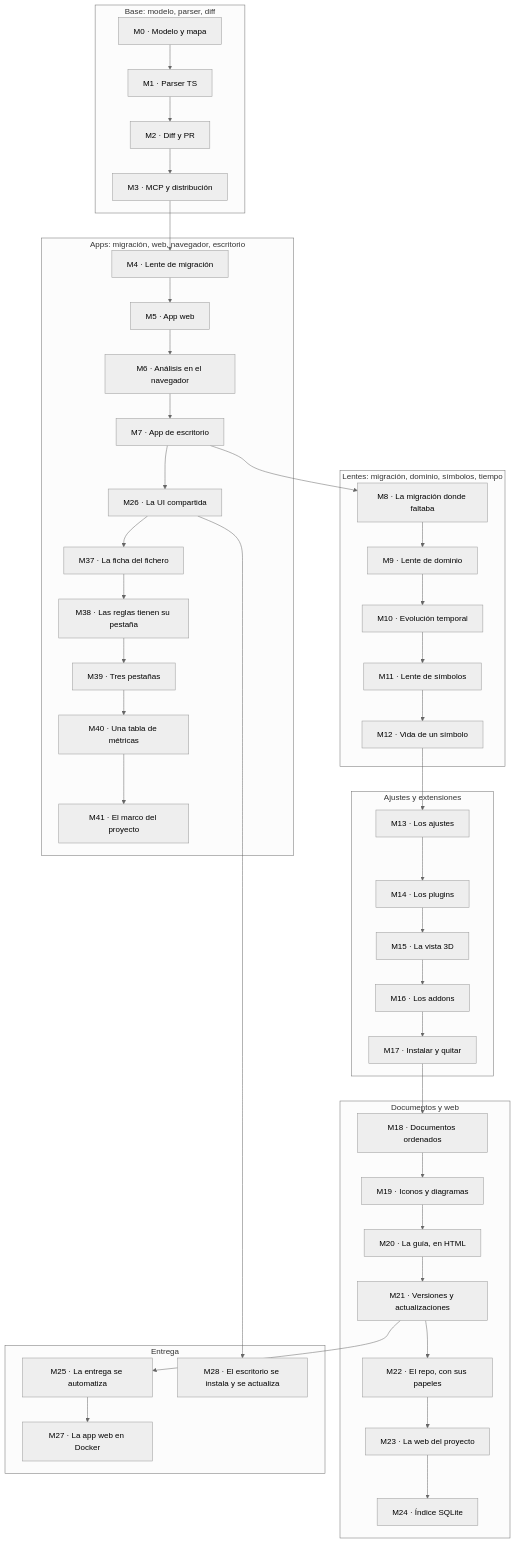
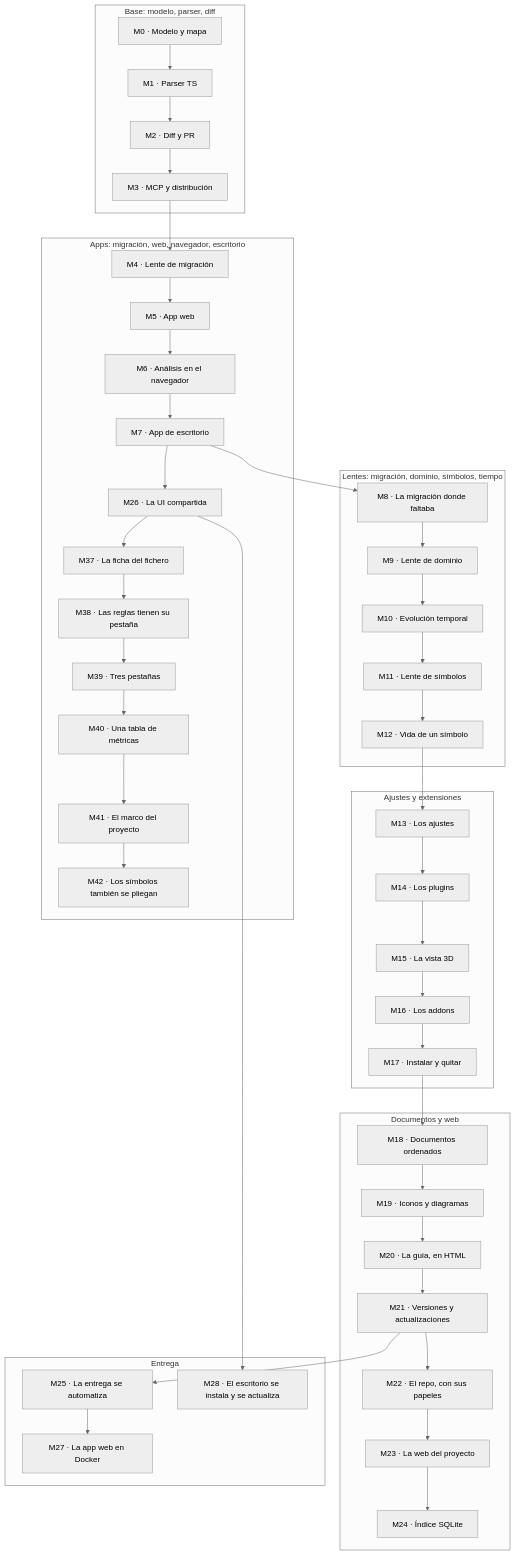
Before and after one commit to jaminsmoke/codarch: the diagram in apps/site/docs/adr/roadmap.md, drawn with Mermaid (neutral theme). The commit also changed other lines of this file and 4 other files, not shown here.

````diff
--- a/apps/site/docs/adr/roadmap.md
+++ b/apps/site/docs/adr/roadmap.md
@@ -38,49 +38,50 @@
 ```mermaid
 flowchart TD
   subgraph base["Base: modelo, parser, diff"]
     M0["M0 · Modelo y mapa"] --> M1["M1 · Parser TS"]
     M1 --> M2["M2 · Diff y PR"]
     M2 --> M3["M3 · MCP y distribución"]
   end
   subgraph apps["Apps: migración, web, navegador, escritorio"]
     M4["M4 · Lente de migración"] --> M5["M5 · App web"]
     M5 --> M6["M6 · Análisis en el navegador"]
     M6 --> M7["M7 · App de escritorio"]
     M7 --> M26["M26 · La UI compartida"]
     M26 --> M37["M37 · La ficha del fichero"]
     M37 --> M38["M38 · Las reglas tienen su pestaña"]
     M38 --> M39["M39 · Tres pestañas"]
     M39 --> M40["M40 · Una tabla de métricas"]
     M40 --> M41["M41 · El marco del proyecto"]
+    M41 --> M42["M42 · Los símbolos también se pliegan"]
   end
   subgraph lentes["Lentes: migración, dominio, símbolos, tiempo"]
     M8["M8 · La migración donde faltaba"] --> M9["M9 · Lente de dominio"]
     M9 --> M10["M10 · Evolución temporal"]
     M10 --> M11["M11 · Lente de símbolos"]
     M11 --> M12["M12 · Vida de un símbolo"]
   end
   subgraph ext["Ajustes y extensiones"]
     M13["M13 · Los ajustes"] --> M14["M14 · Los plugins"]
     M14 --> M15["M15 · La vista 3D"]
     M15 --> M16["M16 · Los addons"]
     M16 --> M17["M17 · Instalar y quitar"]
   end
   subgraph docs["Documentos y web"]
     M18["M18 · Documentos ordenados"] --> M19["M19 · Iconos y diagramas"]
     M19 --> M20["M20 · La guía, en HTML"]
     M20 --> M21["M21 · Versiones y actualizaciones"]
     M21 --> M22["M22 · El repo, con sus papeles"]
     M22 --> M23["M23 · La web del proyecto"]
     M23 --> M24["M24 · Índice SQLite"]
   end
   subgraph delivery["Entrega"]
     M25["M25 · La entrega se automatiza"]
     M25 --> M27["M27 · La app web en Docker"]
     M26 --> M28["M28 · El escritorio se instala y se actualiza"]
   end
   M3 --> M4
   M7 --> M8
   M12 --> M13
   M17 --> M18
   M21 --> M25
 ```
````
